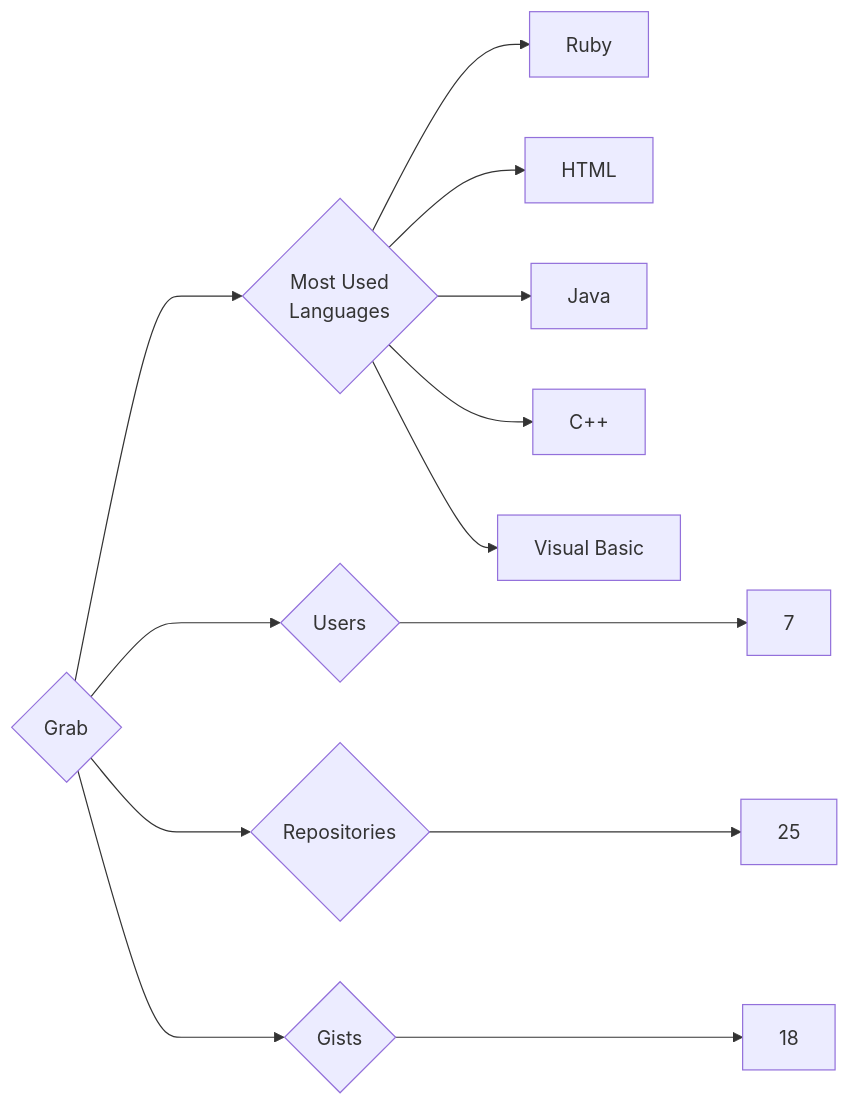
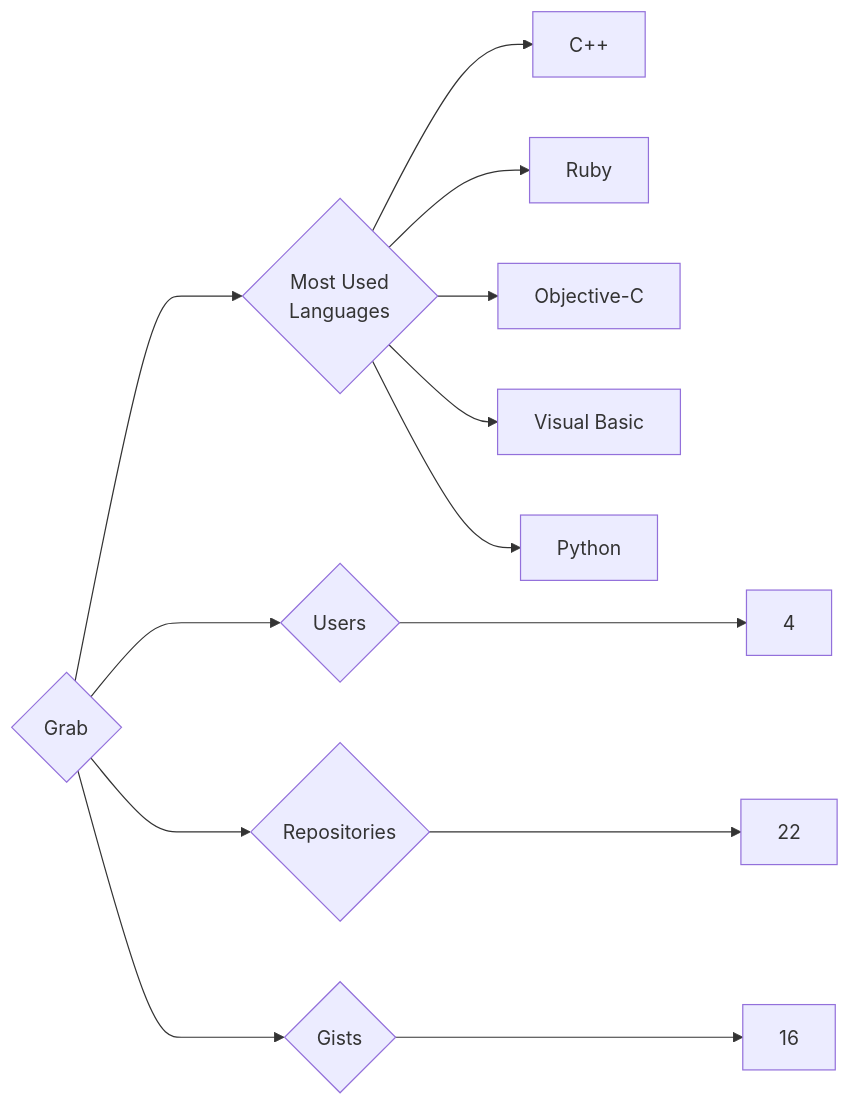
One commit to trickest/insiders changed the diagram in targets/Grab/README.md. Above: the diagram before and after it, drawn with Mermaid. The commit also changed 752 other files, not shown here.

````diff
--- a/targets/Grab/README.md
+++ b/targets/Grab/README.md
@@ -3,13 +3,13 @@
 ```mermaid
 graph LR
 COMPANY_NAME{Grab}
-COMPANY_NAME ---> U{Users} ---> UN[7]
-COMPANY_NAME ---> R{Repositories} ---> RN[25]
-COMPANY_NAME ---> G{Gists} ---> GN[18]
+COMPANY_NAME ---> U{Users} ---> UN[4]
+COMPANY_NAME ---> R{Repositories} ---> RN[22]
+COMPANY_NAME ---> G{Gists} ---> GN[16]
 COMPANY_NAME ---> ML{Most Used<br>Languages}
+ML --> C++[C++]
 ML --> Ruby[Ruby]
-ML --> HTML[HTML]
-ML --> Java[Java]
-ML --> C++[C++]
+ML --> Objective-C[Objective-C]
 ML --> Visual_Basic[Visual Basic]
+ML --> Python[Python]
 ```
````
